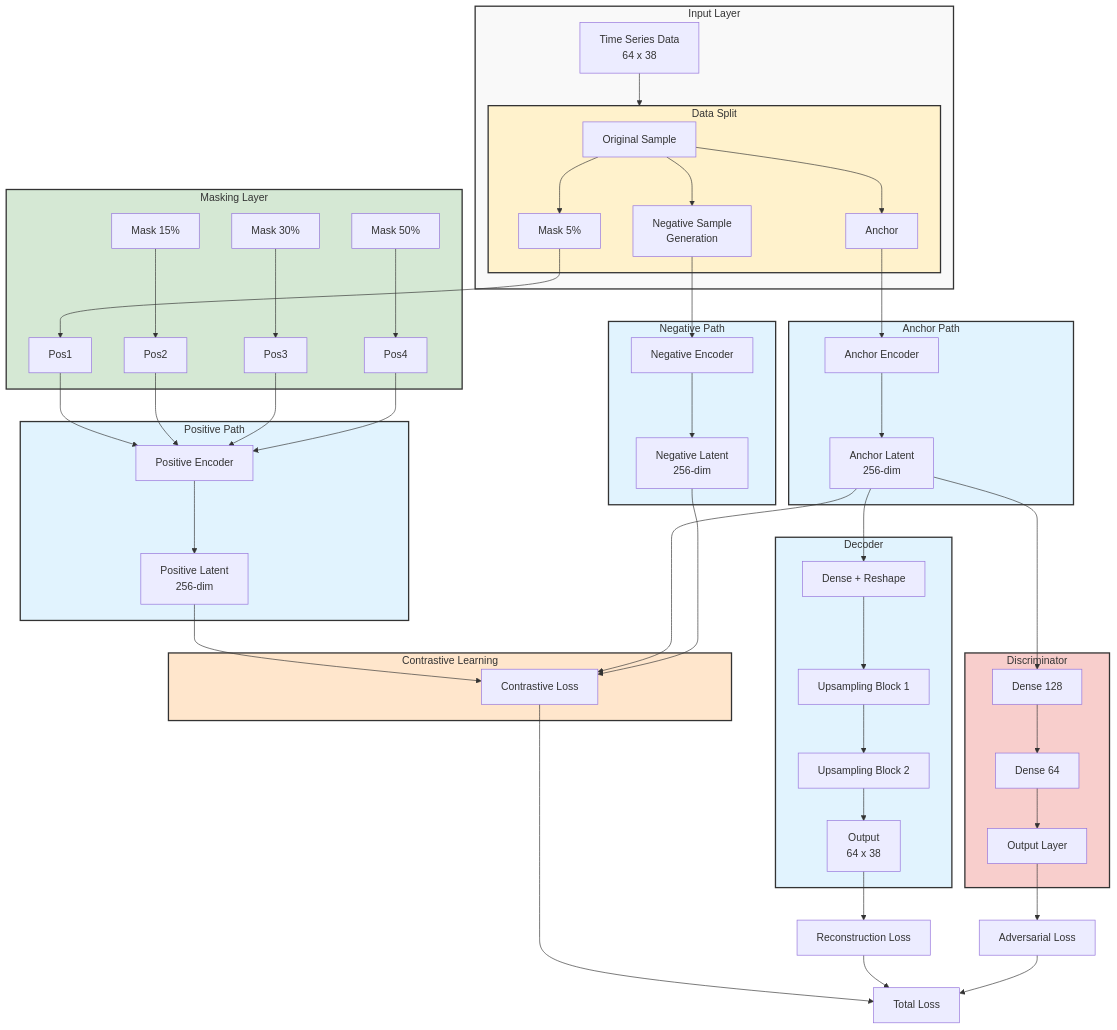
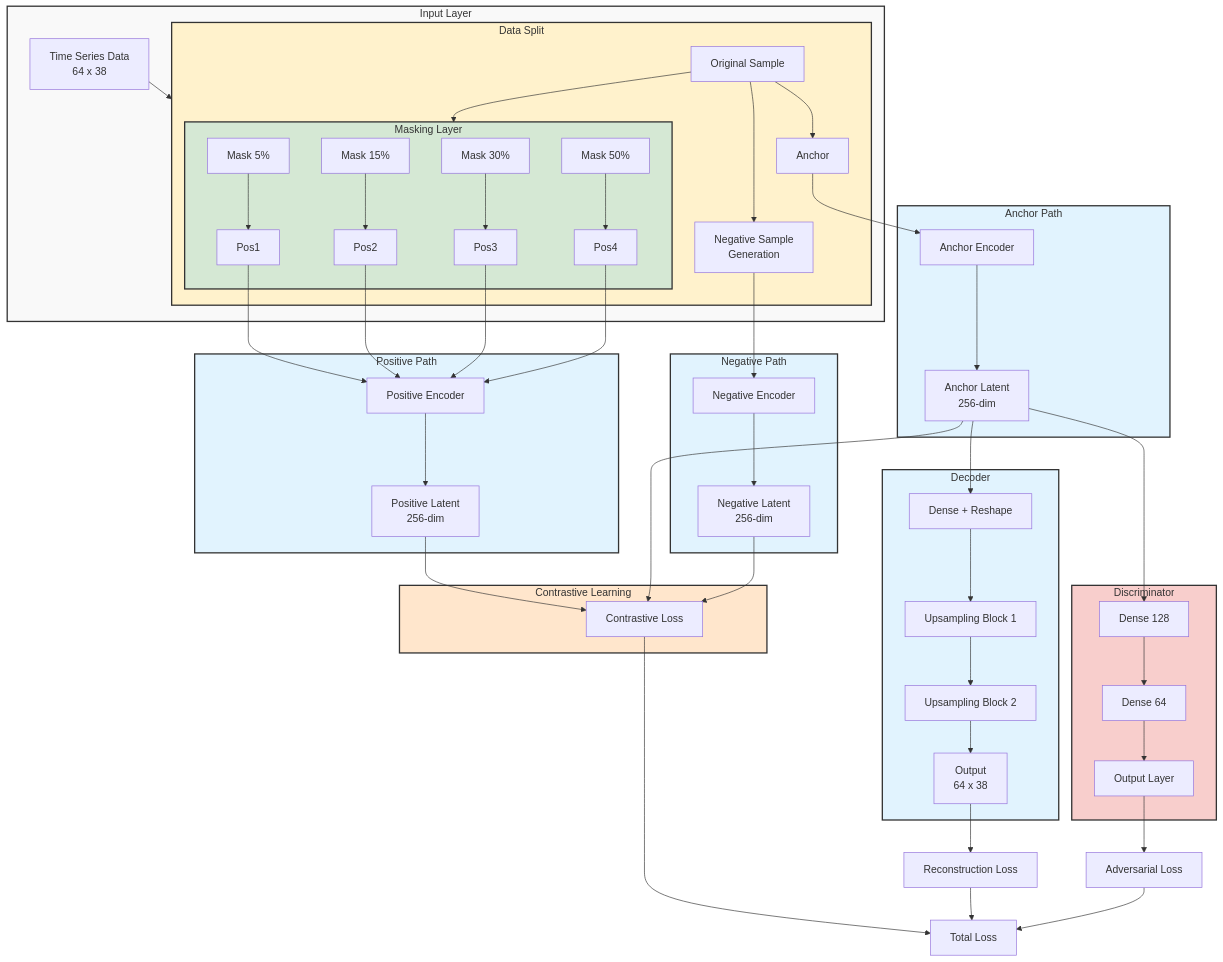
Before and after one commit to se-queda/acae: the diagram in docs/model_architecture.md, drawn with Mermaid.

Commit message:
Updated the masking layer in model architecture documentation

````diff
--- a/docs/model_architecture.md
+++ b/docs/model_architecture.md
@@ -3,67 +3,67 @@
 ```mermaid
 flowchart TD
     subgraph Input["Input Layer"]
         I[Time Series Data<br/>64 x 38] --> Split
     end
 
     subgraph Split["Data Split"]
-        S1[Original Sample] --> M1
+        S1[Original Sample] --> Masking
         S1 --> Anchor
         S1 --> NegGen[Negative Sample<br/>Generation]
     end
 
     subgraph Masking["Masking Layer"]
         M1[Mask 5%] --> Pos1
         M2[Mask 15%] --> Pos2
         M3[Mask 30%] --> Pos3
         M4[Mask 50%] --> Pos4
     end
 
     subgraph PosPath["Positive Path"]
         Pos1 & Pos2 & Pos3 & Pos4 --> PE[Positive Encoder]
         PE --> PL[Positive Latent<br/>256-dim]
     end
 
     subgraph AnchorPath["Anchor Path"]
         Anchor --> AE[Anchor Encoder]
         AE --> AL[Anchor Latent<br/>256-dim]
     end
 
     subgraph NegPath["Negative Path"]
         NegGen --> NE[Negative Encoder]
         NE --> NL[Negative Latent<br/>256-dim]
     end
 
     subgraph ContrastiveLearning["Contrastive Learning"]
         PL & AL & NL --> CL[Contrastive Loss]
     end
 
     subgraph Decoder["Decoder"]
         AL --> D1[Dense + Reshape]
         D1 --> D2[Upsampling Block 1]
         D2 --> D3[Upsampling Block 2]
         D3 --> O[Output<br/>64 x 38]
     end
 
     subgraph Discriminator["Discriminator"]
         AL --> DIS1[Dense 128]
         DIS1 --> DIS2[Dense 64]
         DIS2 --> DIS3[Output Layer]
     end
 
     O --> RecLoss[Reconstruction Loss]
     DIS3 --> AdvLoss[Adversarial Loss]
     CL --> TotalLoss[Total Loss]
     RecLoss --> TotalLoss
     AdvLoss --> TotalLoss
 
     style Input fill:#f9f9f9,stroke:#333,stroke-width:2px
     style Split fill:#fff2cc,stroke:#333,stroke-width:2px
     style Masking fill:#d5e8d4,stroke:#333,stroke-width:2px
     style PosPath fill:#e1f3fe,stroke:#333,stroke-width:2px
     style AnchorPath fill:#e1f3fe,stroke:#333,stroke-width:2px
     style NegPath fill:#e1f3fe,stroke:#333,stroke-width:2px
     style ContrastiveLearning fill:#ffe6cc,stroke:#333,stroke-width:2px
     style Decoder fill:#e1f3fe,stroke:#333,stroke-width:2px
     style Discriminator fill:#f8cecc,stroke:#333,stroke-width:2px
 ```
````
